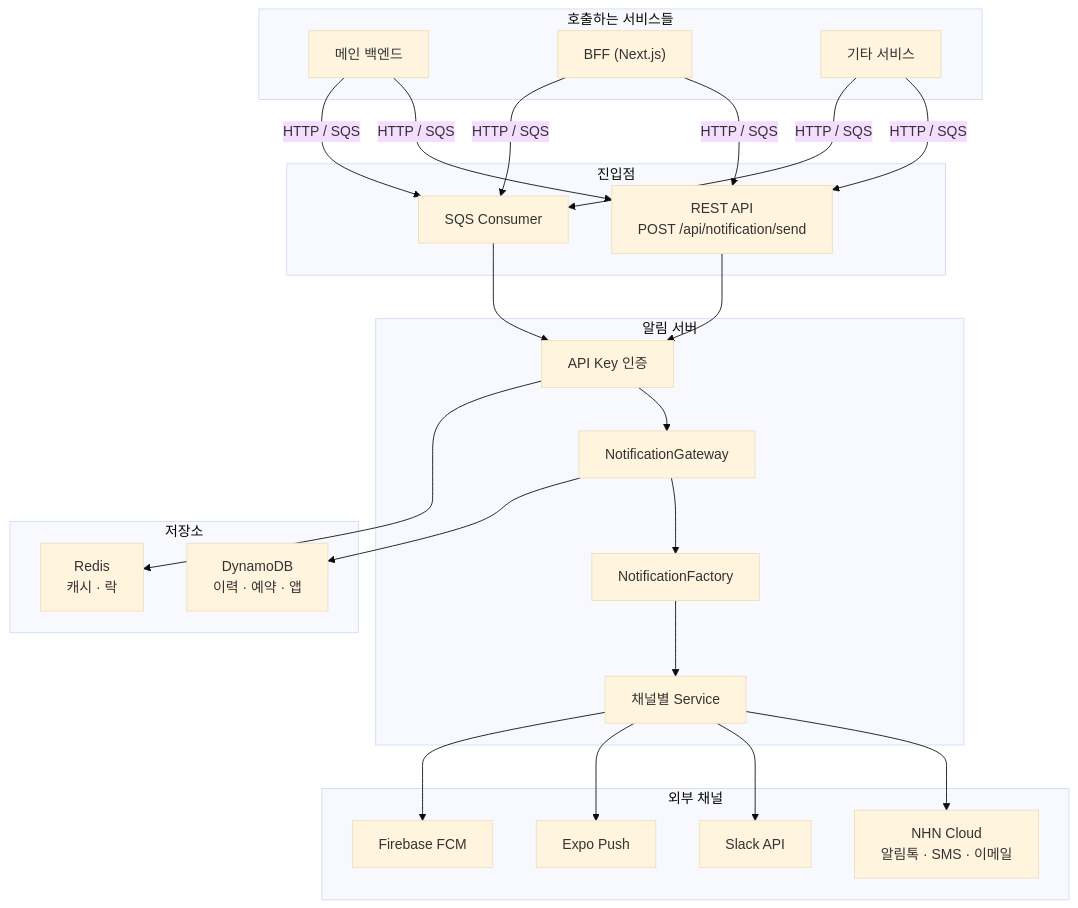
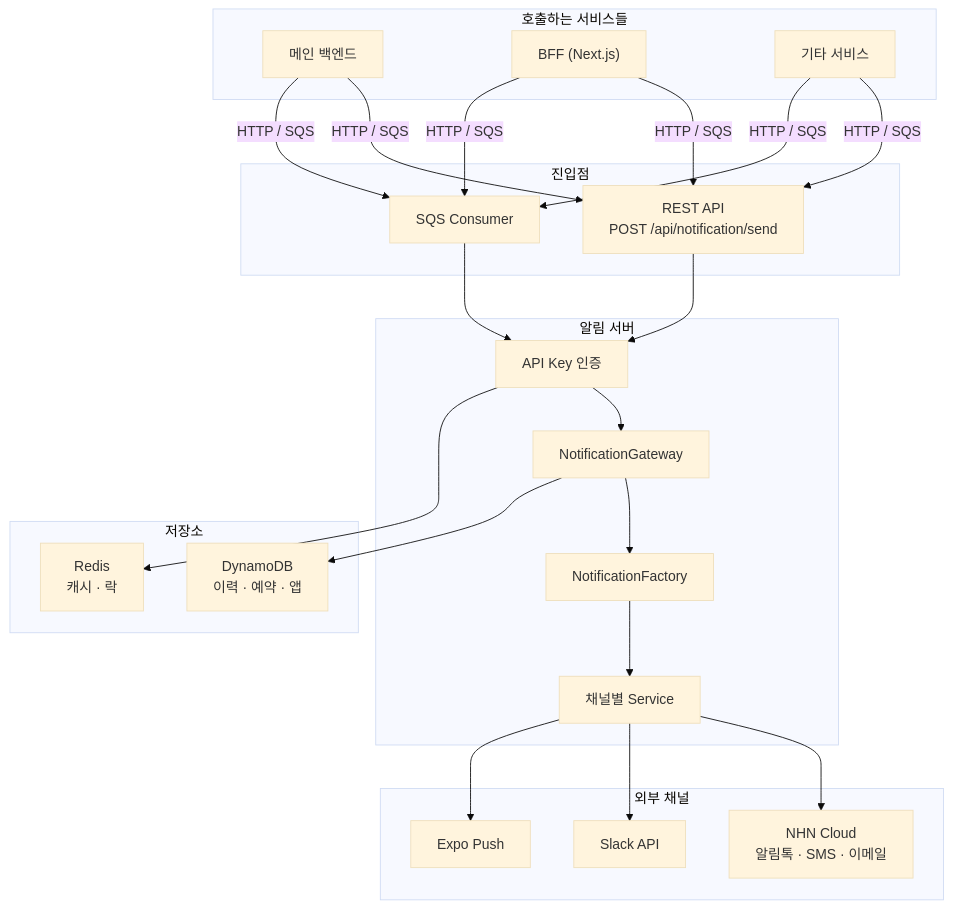
The second of 5 diagrams in content/posts/multi-channel-notification-server.md (devy1540/devy1540.github.io), drawn with Mermaid (base theme) before and after one commit. The commit also changed other lines of this file and 5 other files, not shown here.

````diff
--- a/content/posts/multi-channel-notification-server.md
+++ b/content/posts/multi-channel-notification-server.md
@@ -139,38 +92,37 @@
 ```mermaid
 flowchart TB
     subgraph clients["호출하는 서비스들"]
         A["메인 백엔드"]
         B["BFF (Next.js)"]
         C["기타 서비스"]
     end
 
     subgraph entry["진입점"]
         D["REST API<br/>POST /api/notification/send"]
         E["SQS Consumer"]
     end
 
     subgraph server["알림 서버"]
         F["API Key 인증"]
         G["NotificationGateway"]
         H["NotificationFactory"]
         I["채널별 Service"]
     end
 
     subgraph channels["외부 채널"]
         J["NHN Cloud<br/>알림톡 · SMS · 이메일"]
         K["Slack API"]
         L["Expo Push"]
-        M["Firebase FCM"]
     end
 
     subgraph storage["저장소"]
         N["DynamoDB<br/>이력 · 예약 · 앱"]
         O["Redis<br/>캐시 · 락"]
     end
 
     A & B & C -->|"HTTP / SQS"| D & E
     D & E --> F --> G --> H --> I
-    I --> J & K & L & M
+    I --> J & K & L
     G --> N
     F --> O
 ```
````
